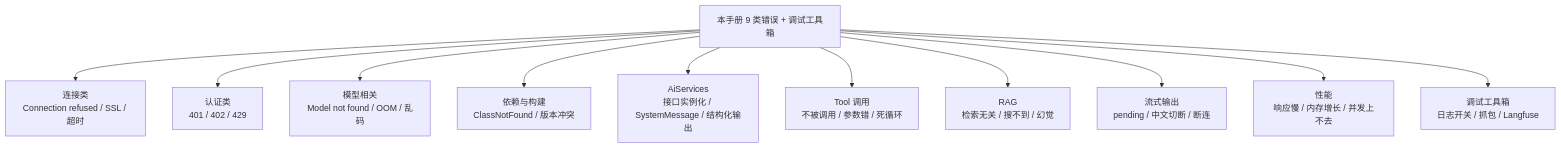
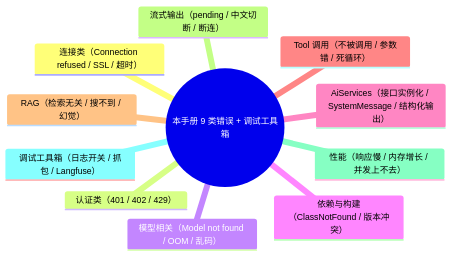
One commit to UranusGit/java-agent-learn changed the first of 3 diagrams in docs/tutorials/langchain4j/09-常见错误与排查手册.md. Above: the diagram before and after it, drawn with Mermaid. The commit also changed 11 other files, not shown here.

First line of the commit message:
docs全库mermaid图选型复核：纯分类图由flowchart改为mindmap

````diff
--- a/docs/tutorials/langchain4j/09-常见错误与排查手册.md
+++ b/docs/tutorials/langchain4j/09-常见错误与排查手册.md
@@ -10,13 +10,14 @@
 ```mermaid
-flowchart TD
-    H["本手册 9 类错误 + 调试工具箱"] --> C1["连接类<br/>Connection refused / SSL / 超时"]
-    H --> C2["认证类<br/>401 / 402 / 429"]
-    H --> C3["模型相关<br/>Model not found / OOM / 乱码"]
-    H --> C4["依赖与构建<br/>ClassNotFound / 版本冲突"]
-    H --> C5["AiServices<br/>接口实例化 / SystemMessage / 结构化输出"]
-    H --> C6["Tool 调用<br/>不被调用 / 参数错 / 死循环"]
-    H --> C7["RAG<br/>检索无关 / 搜不到 / 幻觉"]
-    H --> C8["流式输出<br/>pending / 中文切断 / 断连"]
-    H --> C9["性能<br/>响应慢 / 内存增长 / 并发上不去"]
-    H --> T["调试工具箱<br/>日志开关 / 抓包 / Langfuse"]
+mindmap
+  root((本手册 9 类错误 + 调试工具箱))
+    连接类（Connection refused / SSL / 超时）
+    认证类（401 / 402 / 429）
+    模型相关（Model not found / OOM / 乱码）
+    依赖与构建（ClassNotFound / 版本冲突）
+    AiServices（接口实例化 / SystemMessage / 结构化输出）
+    Tool 调用（不被调用 / 参数错 / 死循环）
+    RAG（检索无关 / 搜不到 / 幻觉）
+    流式输出（pending / 中文切断 / 断连）
+    性能（响应慢 / 内存增长 / 并发上不去）
+    调试工具箱（日志开关 / 抓包 / Langfuse）
 ```
````
